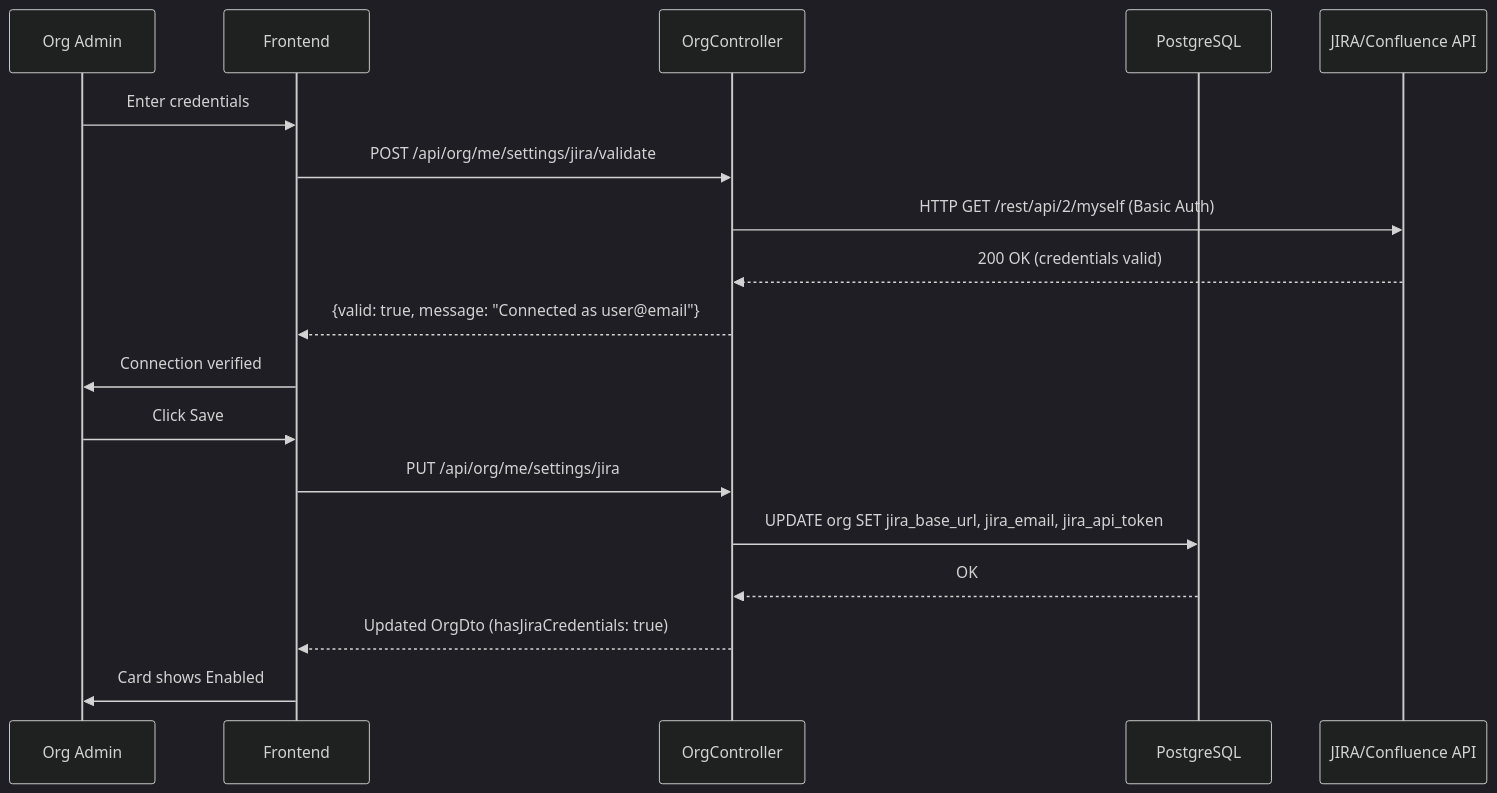
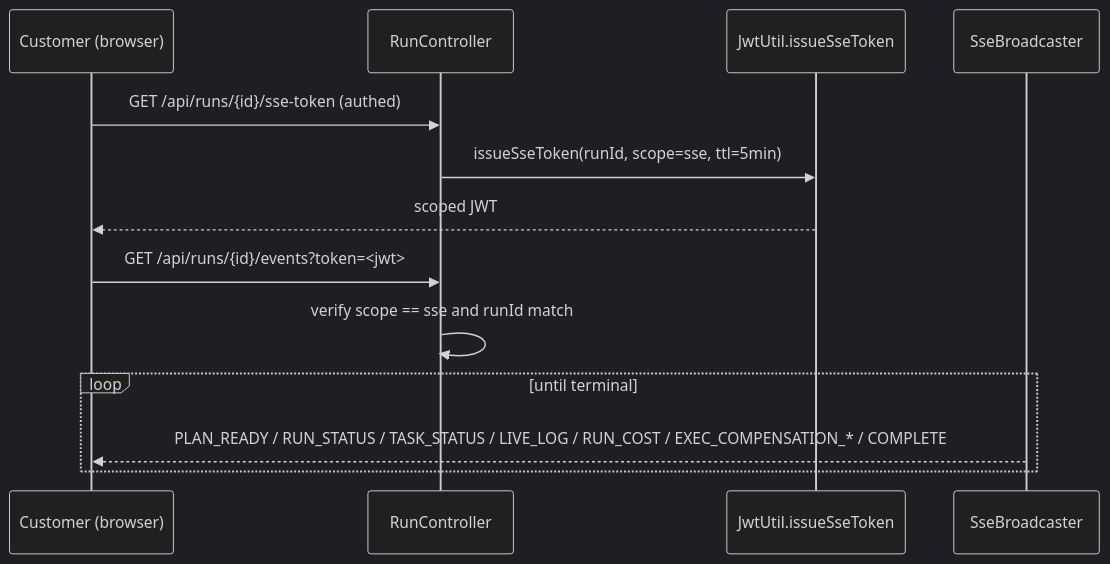
Before and after one commit to navneetprabhakar/executespec: diagram 16 of 17 in docs/WORKFLOWS.md, drawn with Mermaid (dark theme). The commit also changed other lines of this file and 40 other files, not shown here.

````diff
--- a/docs/WORKFLOWS.md
+++ b/docs/WORKFLOWS.md
@@ -474,22 +380,15 @@
 ```mermaid
 sequenceDiagram
-    participant Admin as Org Admin
-    participant FE as Frontend
-    participant BE as OrgController
-    participant DB as PostgreSQL
-    participant Ext as JIRA/Confluence API
-
-    Admin->>FE: Enter credentials
-    FE->>BE: POST /api/org/me/settings/jira/validate
-    BE->>Ext: HTTP GET /rest/api/2/myself (Basic Auth)
-    Ext-->>BE: 200 OK (credentials valid)
-    BE-->>FE: {valid: true, message: "Connected as user@email"}
-    FE->>Admin: Connection verified
-
-    Admin->>FE: Click Save
-    FE->>BE: PUT /api/org/me/settings/jira
-    BE->>DB: UPDATE org SET jira_base_url, jira_email, jira_api_token
-    DB-->>BE: OK
-    BE-->>FE: Updated OrgDto (hasJiraCredentials: true)
-    FE->>Admin: Card shows Enabled
+  participant U as Customer (browser)
+  participant RC as RunController
+  participant J as JwtUtil.issueSseToken
+  participant SB as SseBroadcaster
+  U->>RC: GET /api/runs/{id}/sse-token (authed)
+  RC->>J: issueSseToken(runId, scope=sse, ttl=5min)
+  J-->>U: scoped JWT
+  U->>RC: GET /api/runs/{id}/events?token=<jwt>
+  RC->>RC: verify scope == sse and runId match
+  loop until terminal
+    SB-->>U: PLAN_READY / RUN_STATUS / TASK_STATUS / LIVE_LOG / RUN_COST / EXEC_COMPENSATION_* / COMPLETE
+  end
 ```
````
